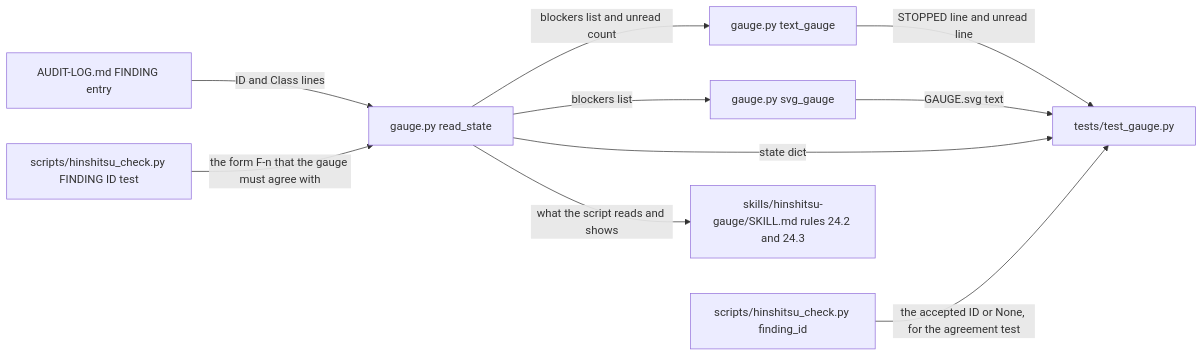
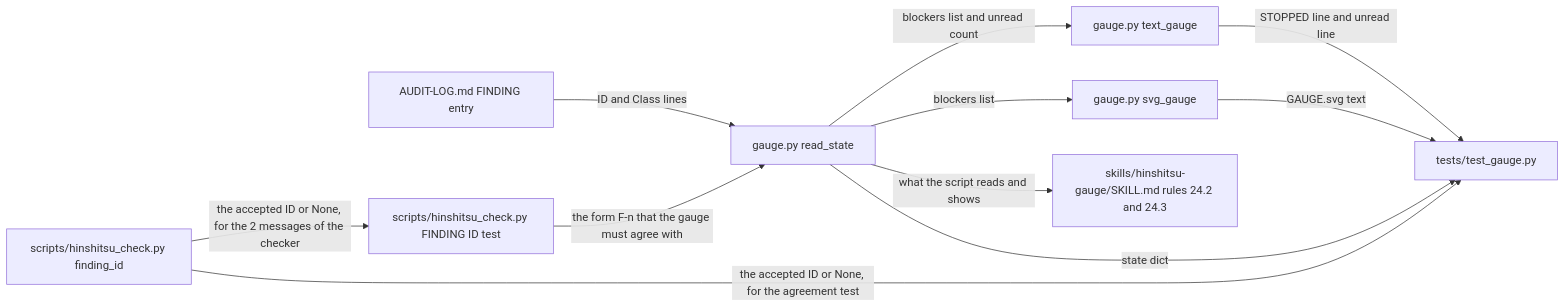
Before and after one commit to CatCorner22/devin: the diagram in runs/3.0.0-finding-id/CONNECTIONS.md, drawn with Mermaid. The commit also changed other lines of this file and 9 other files, not shown here.

````diff
--- a/runs/3.0.0-finding-id/CONNECTIONS.md
+++ b/runs/3.0.0-finding-id/CONNECTIONS.md
@@ -7,12 +7,13 @@
 ```mermaid
 graph LR
   LOG["AUDIT-LOG.md FINDING entry"] -->|ID and Class lines| RS["gauge.py read_state"]
   CHK["scripts/hinshitsu_check.py FINDING ID test"] -->|the form F-n that the gauge must agree with| RS
   RS -->|blockers list and unread count| TG["gauge.py text_gauge"]
   RS -->|blockers list| SG["gauge.py svg_gauge"]
   TG -->|STOPPED line and unread line| T["tests/test_gauge.py"]
   SG -->|GAUGE.svg text| T
   RS -->|state dict| T
   FID["scripts/hinshitsu_check.py finding_id"] -->|the accepted ID or None, for the agreement test| T
+  FID -->|the accepted ID or None, for the 2 messages of the checker| CHK
   RS -->|what the script reads and shows| SK["skills/hinshitsu-gauge/SKILL.md rules 24.2 and 24.3"]
 ```
````
